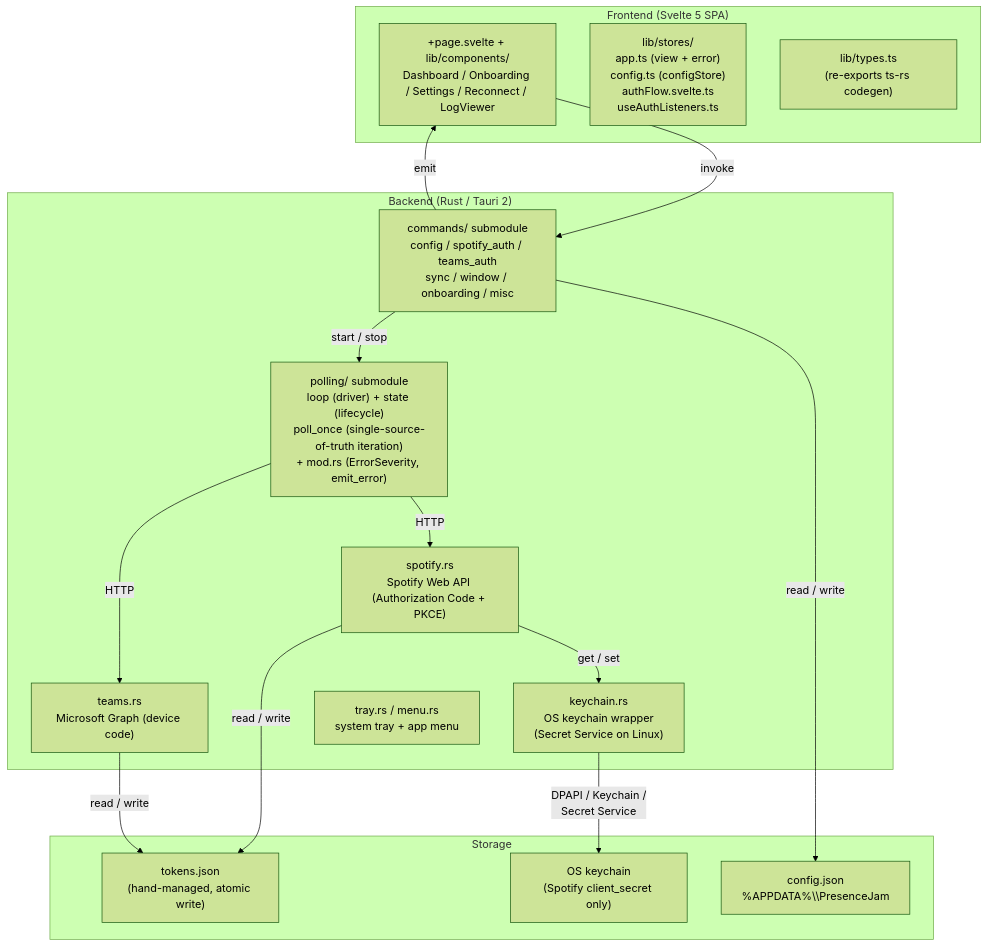
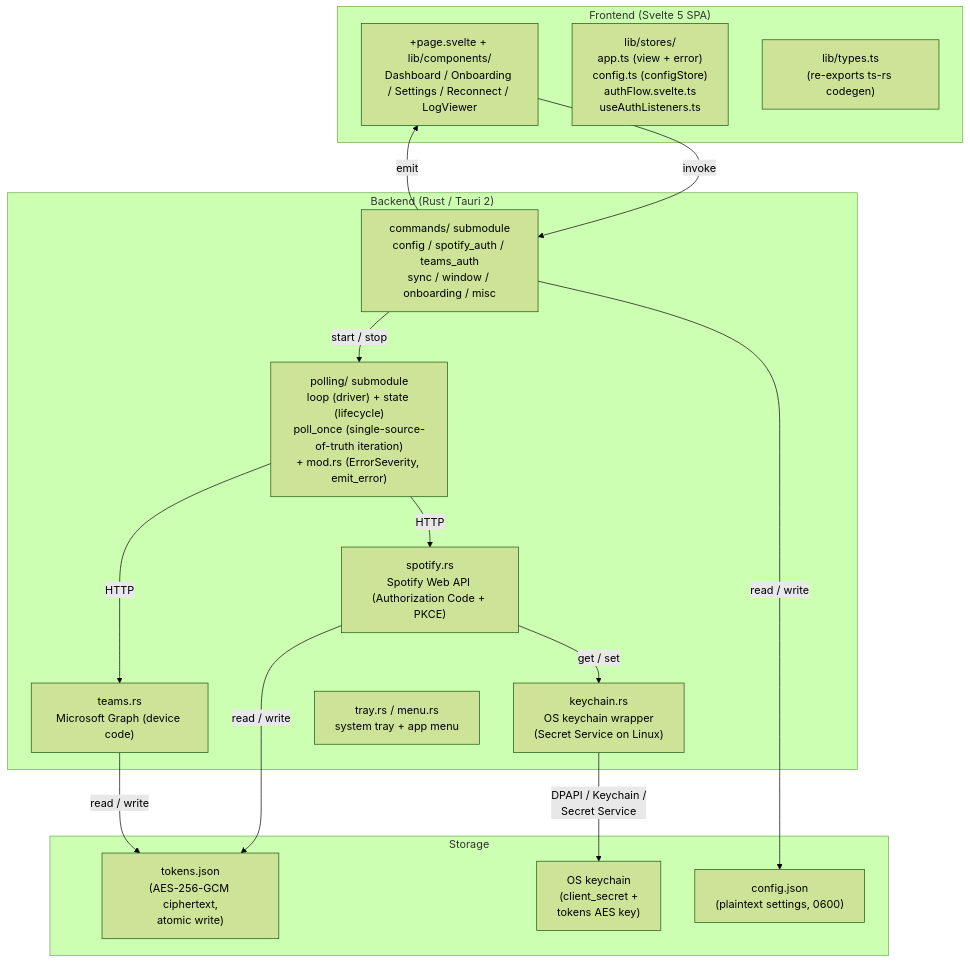
The first of 8 diagrams in ARCHITECTURE.md (Carme99/PresenceJam-Desktop), drawn with Mermaid (forest theme) before and after one commit. The commit also changed other lines of this file and 6 other files, not shown here.

````diff
--- a/ARCHITECTURE.md
+++ b/ARCHITECTURE.md
@@ -42,34 +50,34 @@
 ```mermaid
 graph TD
     subgraph Frontend ["Frontend (Svelte 5 SPA)"]
         UI["+page.svelte + lib/components/<br/>Dashboard / Onboarding / Settings / Reconnect / LogViewer"]
         Stores["lib/stores/<br/>app.ts (view + error)<br/>config.ts (configStore)<br/>authFlow.svelte.ts<br/>useAuthListeners.ts"]
         Types["lib/types.ts<br/>(re-exports ts-rs codegen)"]
     end
 
     subgraph Backend ["Backend (Rust / Tauri 2)"]
         Commands["commands/ submodule<br/>config / spotify_auth / teams_auth<br/>sync / window / onboarding / misc"]
         Polling["polling/ submodule<br/>loop (driver) + state (lifecycle)<br/>poll_once (single-source-of-truth iteration)<br/>+ mod.rs (ErrorSeverity, emit_error)"]
         SpotifyAPI["spotify.rs<br/>Spotify Web API (Authorization Code + PKCE)"]
         TeamsAPI["teams.rs<br/>Microsoft Graph (device code)"]
         Keychain["keychain.rs<br/>OS keychain wrapper<br/>(Secret Service on Linux)"]
         Tray["tray.rs / menu.rs<br/>system tray + app menu"]
     end
 
     subgraph Storage ["Storage"]
-        Tokens["tokens.json<br/>(hand-managed, atomic write)"]
-        Secret["OS keychain<br/>(Spotify client_secret only)"]
-        Config["config.json<br/>%APPDATA%\\PresenceJam"]
+        Tokens["tokens.json<br/>(AES-256-GCM ciphertext,<br/>atomic write)"]
+        Secret["OS keychain<br/>(client_secret +<br/>tokens AES key)"]
+        Config["config.json<br/>(plaintext settings, 0600)"]
     end
 
     UI -->|"invoke<Cmd>"| Commands
     Commands -->|"emit<Event>"| UI
     Commands -->|"start / stop"| Polling
     Polling -->|"HTTP"| SpotifyAPI
     Polling -->|"HTTP"| TeamsAPI
     SpotifyAPI -->|"read / write"| Tokens
     TeamsAPI -->|"read / write"| Tokens
     SpotifyAPI -->|"get / set"| Keychain
     Commands -->|"read / write"| Config
     Keychain -->|"DPAPI / Keychain /<br/>Secret Service"| Secret
 ```
````
